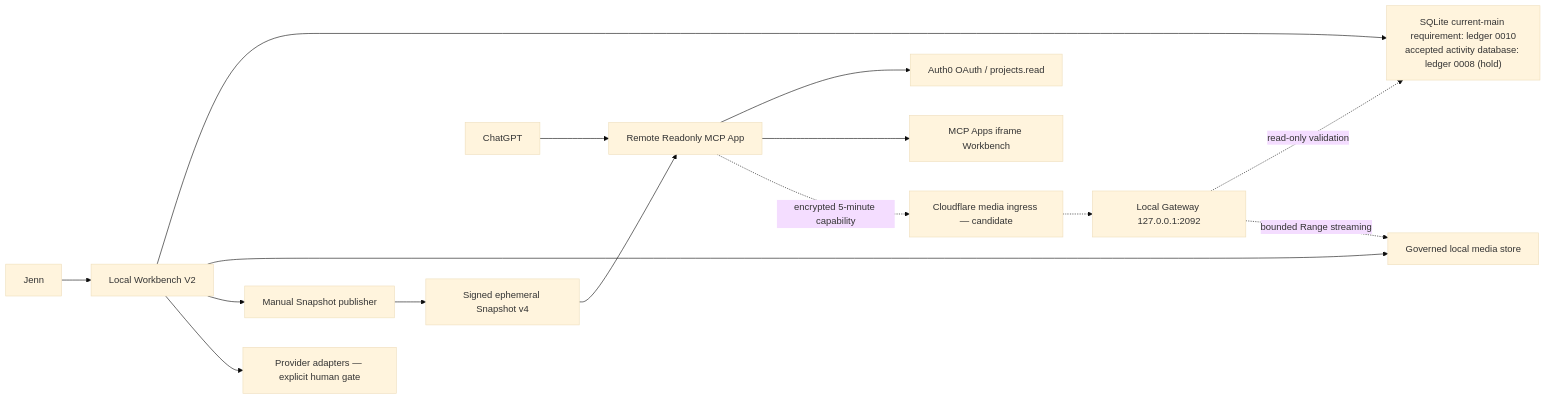
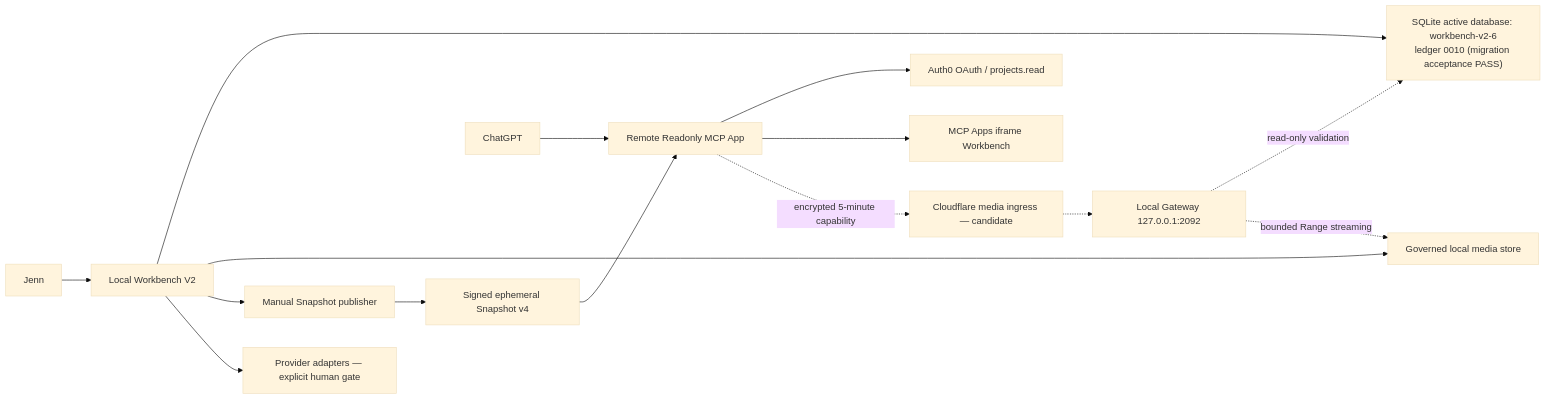
The diagram in docs/ARCHITECTURE.md (JENN2046/AI-Video-Production-Local-Bridge), drawn with Mermaid (base theme) before and after one commit. The commit also changed other lines of this file and 12 other files, not shown here.

Commit message:
docs: record director database migration acceptance

````diff
--- a/docs/ARCHITECTURE.md
+++ b/docs/ARCHITECTURE.md
@@ -8,17 +8,17 @@
 ```mermaid
 flowchart LR
     J["Jenn"] --> W["Local Workbench V2"]
-    W --> DB["SQLite current-main requirement: ledger 0010\naccepted activity database: ledger 0008 (hold)"]
+    W --> DB["SQLite active database: workbench-v2-6\nledger 0010 (migration acceptance PASS)"]
     W --> FS["Governed local media store"]
     W --> PA["Manual Snapshot publisher"]
     PA --> SS["Signed ephemeral Snapshot v4"]
     SS --> RM["Remote Readonly MCP App"]
     C["ChatGPT"] --> RM
     RM --> AU["Auth0 OAuth / projects.read"]
     RM --> UI["MCP Apps iframe Workbench"]
     RM -. "encrypted 5-minute capability" .-> CF["Cloudflare media ingress — candidate"]
     CF -.-> GW["Local Gateway 127.0.0.1:2092"]
     GW -. "read-only validation" .-> DB
     GW -. "bounded Range streaming" .-> FS
     W --> PR["Provider adapters — explicit human gate"]
 ```
````
